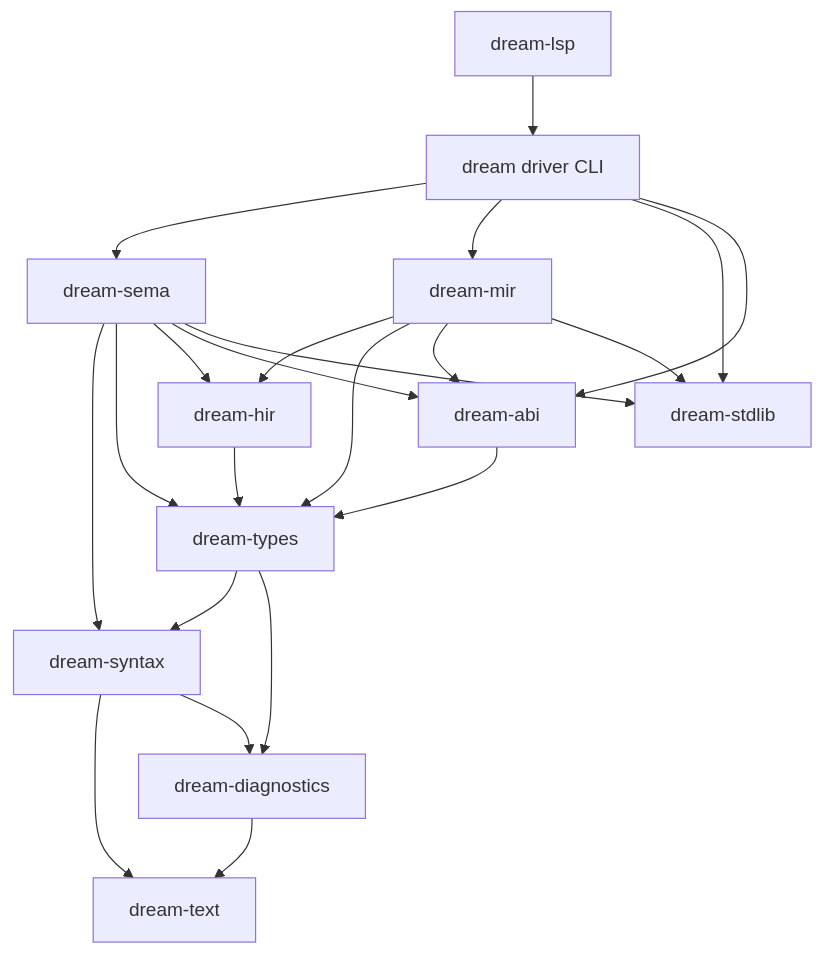
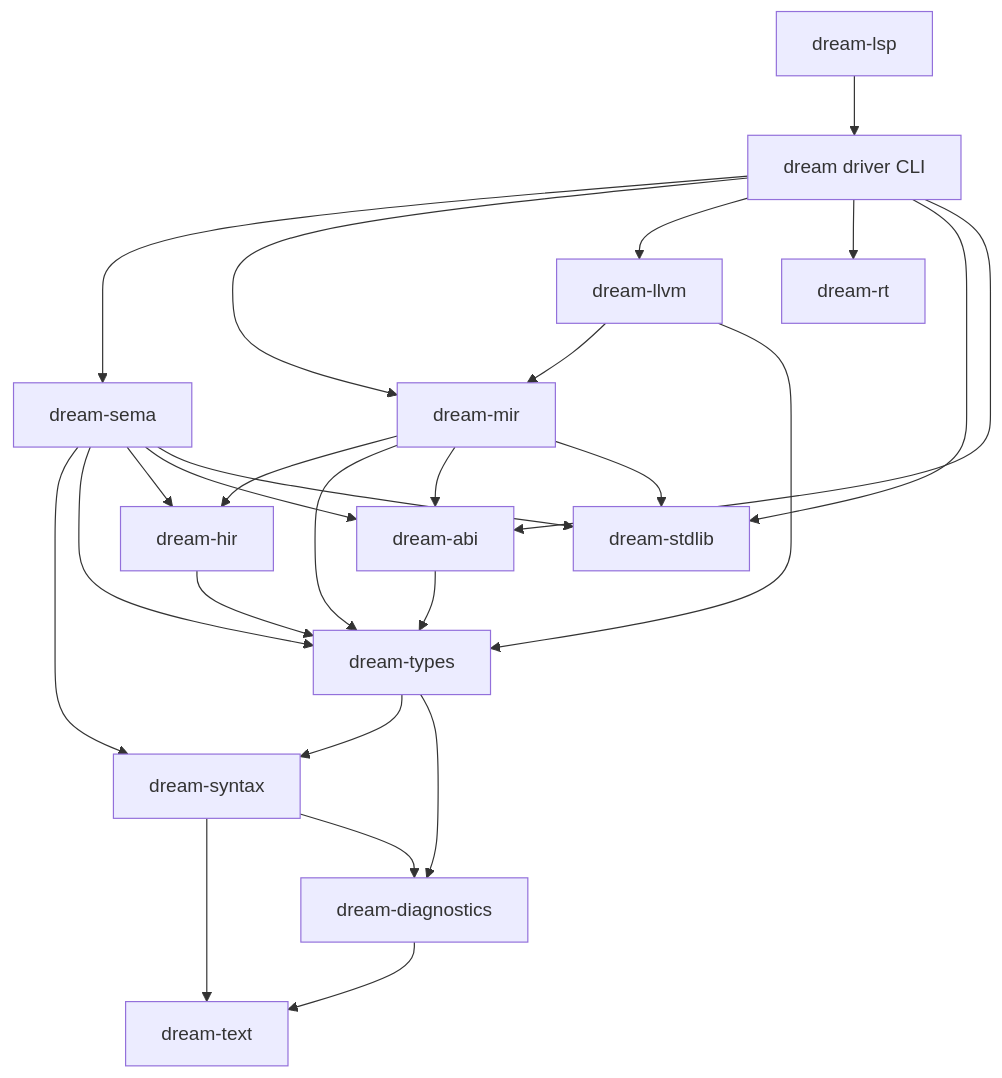
Before and after one commit to sps014/dream: the second of 2 diagrams in docs/internals/README.md, drawn with Mermaid. The commit also changed other lines of this file and 105 other files, not shown here.

````diff
--- a/docs/internals/README.md
+++ b/docs/internals/README.md
@@ -88,36 +95,42 @@
 ```mermaid
 flowchart TD
     text[dream-text]
     diag[dream-diagnostics]
     syn[dream-syntax]
     types[dream-types]
     hir[dream-hir]
     abi[dream-abi]
     stdlib[dream-stdlib]
     sema[dream-sema]
     mir[dream-mir]
+    rt[dream-rt]
+    llvm[dream-llvm]
     dream[dream driver CLI]
     lsp[dream-lsp]
 
     diag --> text
     syn --> text
     syn --> diag
     types --> syn
     types --> diag
     hir --> types
     abi --> types
     sema --> syn
     sema --> types
     sema --> hir
     sema --> abi
     sema --> stdlib
     mir --> hir
     mir --> types
     mir --> abi
     mir --> stdlib
+    llvm --> mir
+    llvm --> types
     dream --> sema
     dream --> mir
+    dream --> llvm
+    dream --> rt
     dream --> stdlib
     dream --> abi
     lsp --> dream
 ```
````
